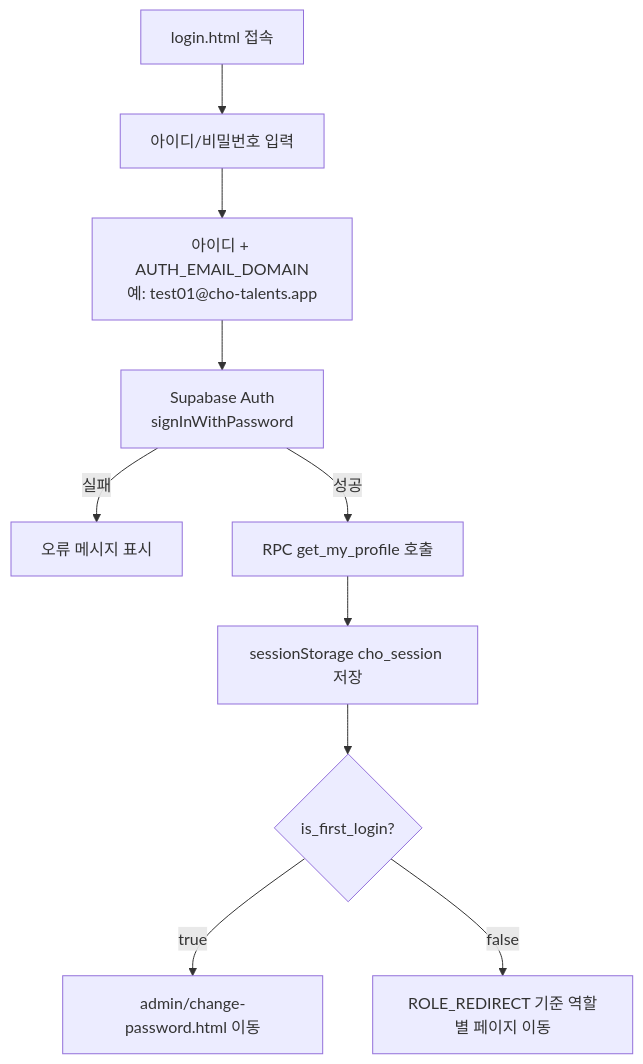
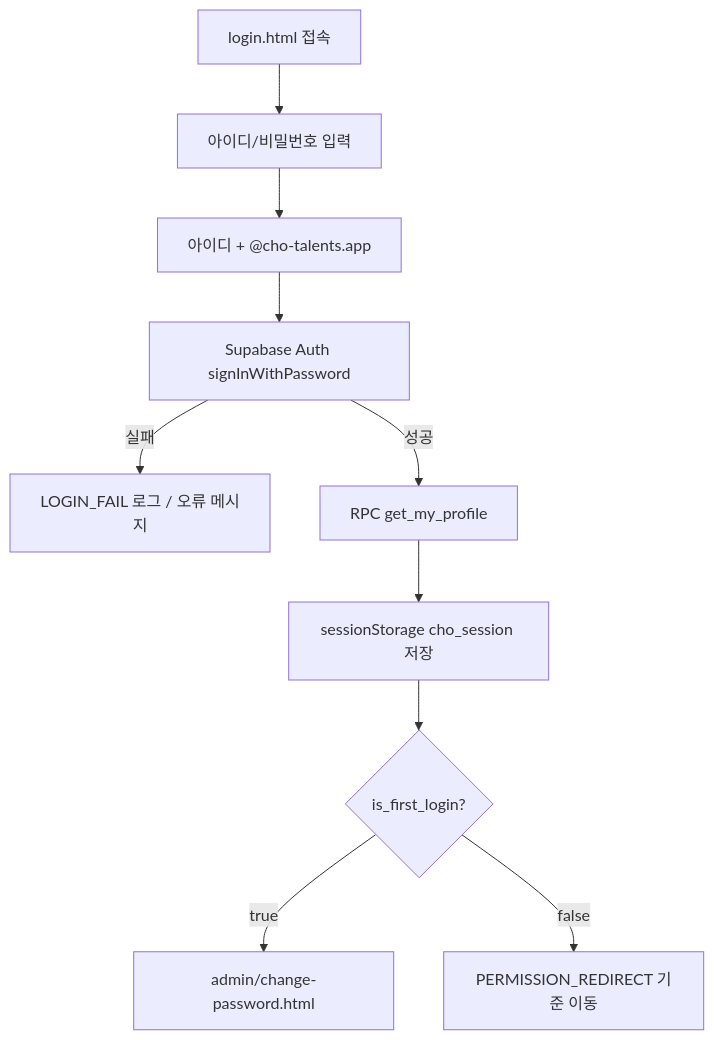
Before and after one commit to CHO-Talents/CHO-Talents: the third of 8 diagrams in docs/PROJECT_ARCHITECTURE_FLOW.md, drawn with Mermaid. The commit also changed other lines of this file and 2 other files, not shown here.

````diff
--- a/docs/PROJECT_ARCHITECTURE_FLOW.md
+++ b/docs/PROJECT_ARCHITECTURE_FLOW.md
@@ -130,12 +139,12 @@
 ```mermaid
 flowchart TD
   Start["login.html 접속"] --> Input["아이디/비밀번호 입력"]
-  Input --> Email["아이디 + AUTH_EMAIL_DOMAIN<br/>예: test01@cho-talents.app"]
-  Email --> SignIn["Supabase Auth<br/>signInWithPassword"]
-  SignIn -->|실패| LoginError["오류 메시지 표시"]
-  SignIn -->|성공| Profile["RPC get_my_profile 호출"]
-  Profile --> Session["sessionStorage cho_session 저장"]
-  Session --> FirstLogin{"is_first_login?"}
-  FirstLogin -->|true| ChangePassword["admin/change-password.html 이동"]
-  FirstLogin -->|false| RoleRedirect["ROLE_REDIRECT 기준 역할별 페이지 이동"]
+  Input --> Email["아이디 + @cho-talents.app"]
+  Email --> SignIn["Supabase Auth signInWithPassword"]
+  SignIn -->|실패| LoginFail["LOGIN_FAIL 로그 / 오류 메시지"]
+  SignIn -->|성공| Profile["RPC get_my_profile"]
+  Profile --> Cache["sessionStorage cho_session 저장"]
+  Cache --> FirstLogin{"is_first_login?"}
+  FirstLogin -->|true| Change["admin/change-password.html"]
+  FirstLogin -->|false| Redirect["PERMISSION_REDIRECT 기준 이동"]
 ```
````
